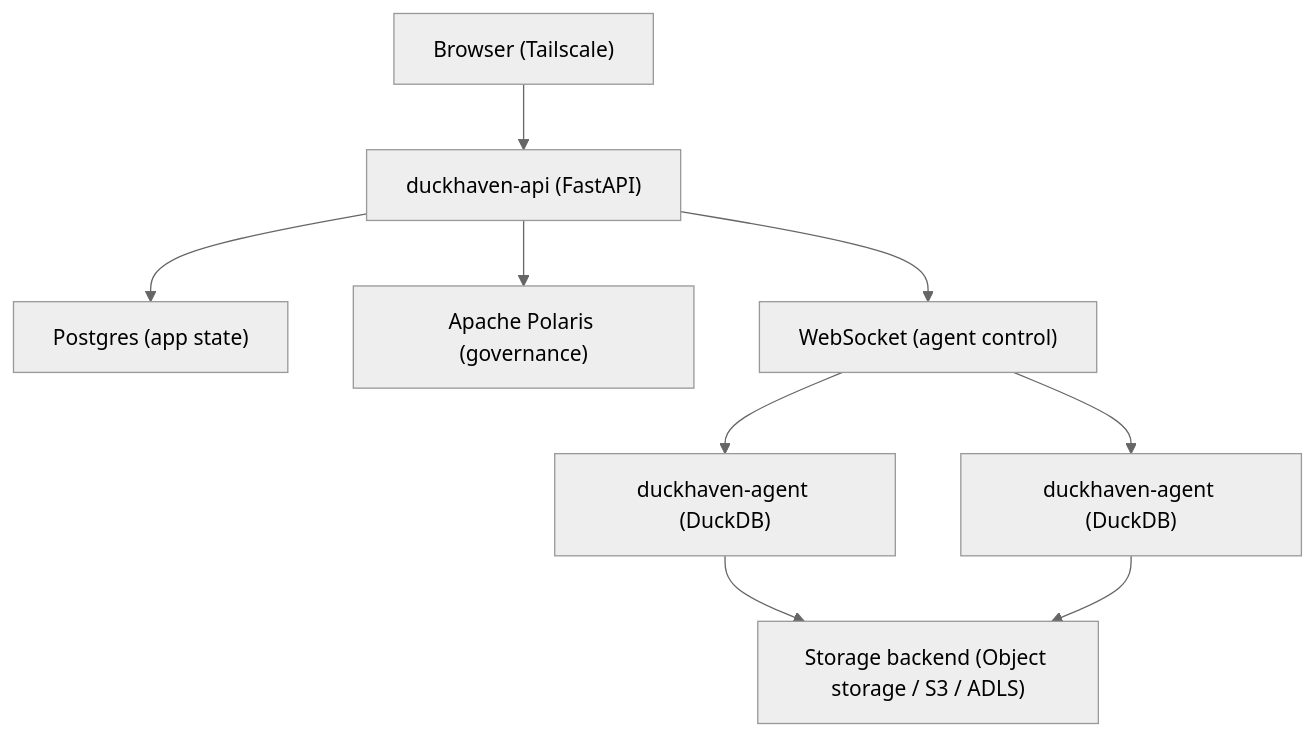
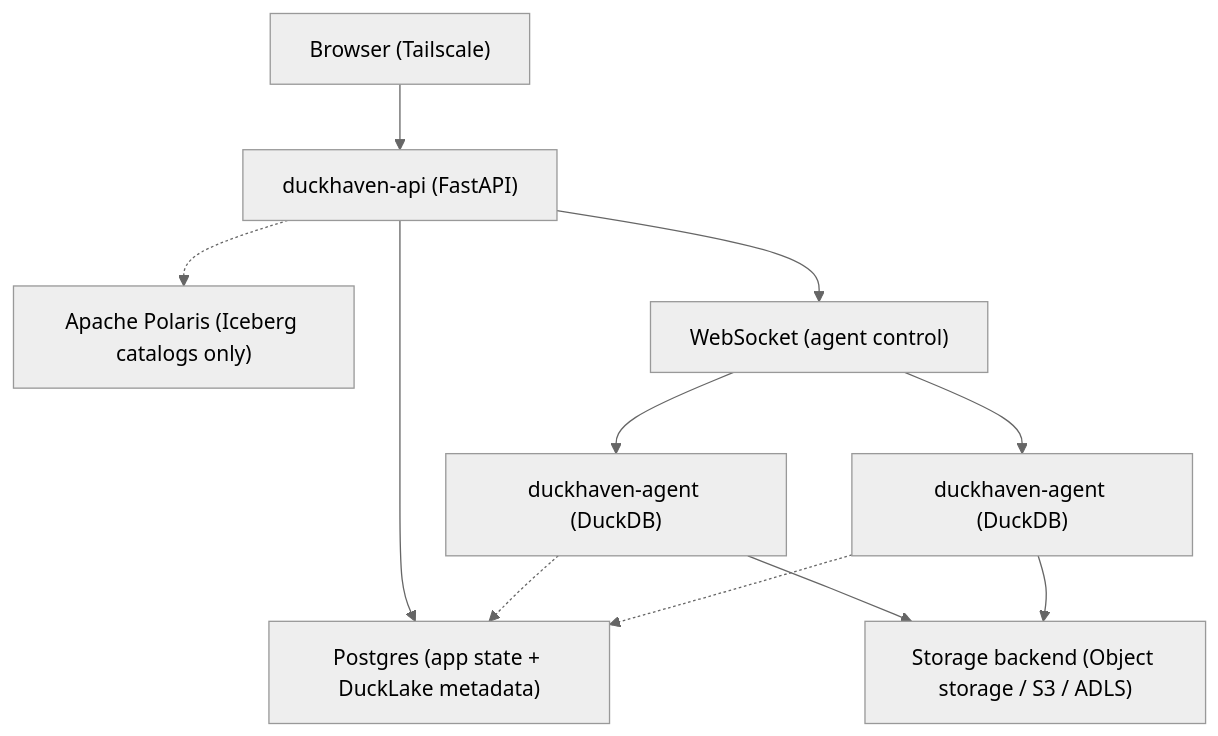
Before and after one commit to tamasmrtn/duckhaven: the diagram in README.md, drawn with Mermaid (neutral theme). The commit also changed other lines of this file and 3 other files, not shown here.

````diff
--- a/README.md
+++ b/README.md
@@ -216,11 +223,13 @@
 ```mermaid
 flowchart TB
     Browser["Browser (Tailscale)"] --> API["duckhaven-api (FastAPI)"]
-    API --> Postgres["Postgres (app state)"]
-    API --> Polaris["Apache Polaris (governance)"]
+    API --> Postgres["Postgres (app state + DuckLake metadata)"]
+    API -.-> Polaris["Apache Polaris (Iceberg catalogs only)"]
     API --> WS["WebSocket (agent control)"]
     WS --> Agent1["duckhaven-agent (DuckDB)"]
     WS --> Agent2["duckhaven-agent (DuckDB)"]
     Agent1 --> Storage["Storage backend (Object storage / S3 / ADLS)"]
     Agent2 --> Storage
+    Agent1 -.-> Postgres
+    Agent2 -.-> Postgres
 ```
````
